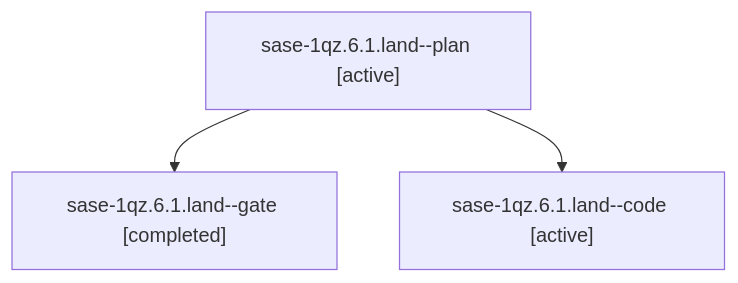
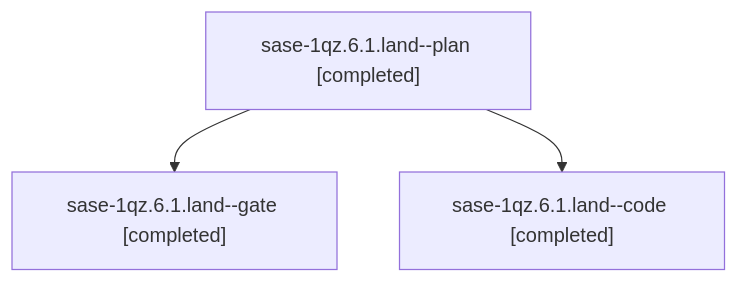
Before and after one commit to sase-org/sase--agents: the diagram in sessions/bbugyi200.athena.sase-1qz.6.1.land.md, drawn with Mermaid. The commit also changed other lines of this file and 51 other files, not shown here.

````diff
--- a/sessions/bbugyi200.athena.sase-1qz.6.1.land.md
+++ b/sessions/bbugyi200.athena.sase-1qz.6.1.land.md
@@ -9,8 +9,8 @@
 ```mermaid
 flowchart TD
-  n0["sase-1qz.6.1.land--plan [active]"]
+  n0["sase-1qz.6.1.land--plan [completed]"]
   n1["sase-1qz.6.1.land--gate [completed]"]
   n0 --> n1
-  n2["sase-1qz.6.1.land--code [active]"]
+  n2["sase-1qz.6.1.land--code [completed]"]
   n0 --> n2
 ```
````
